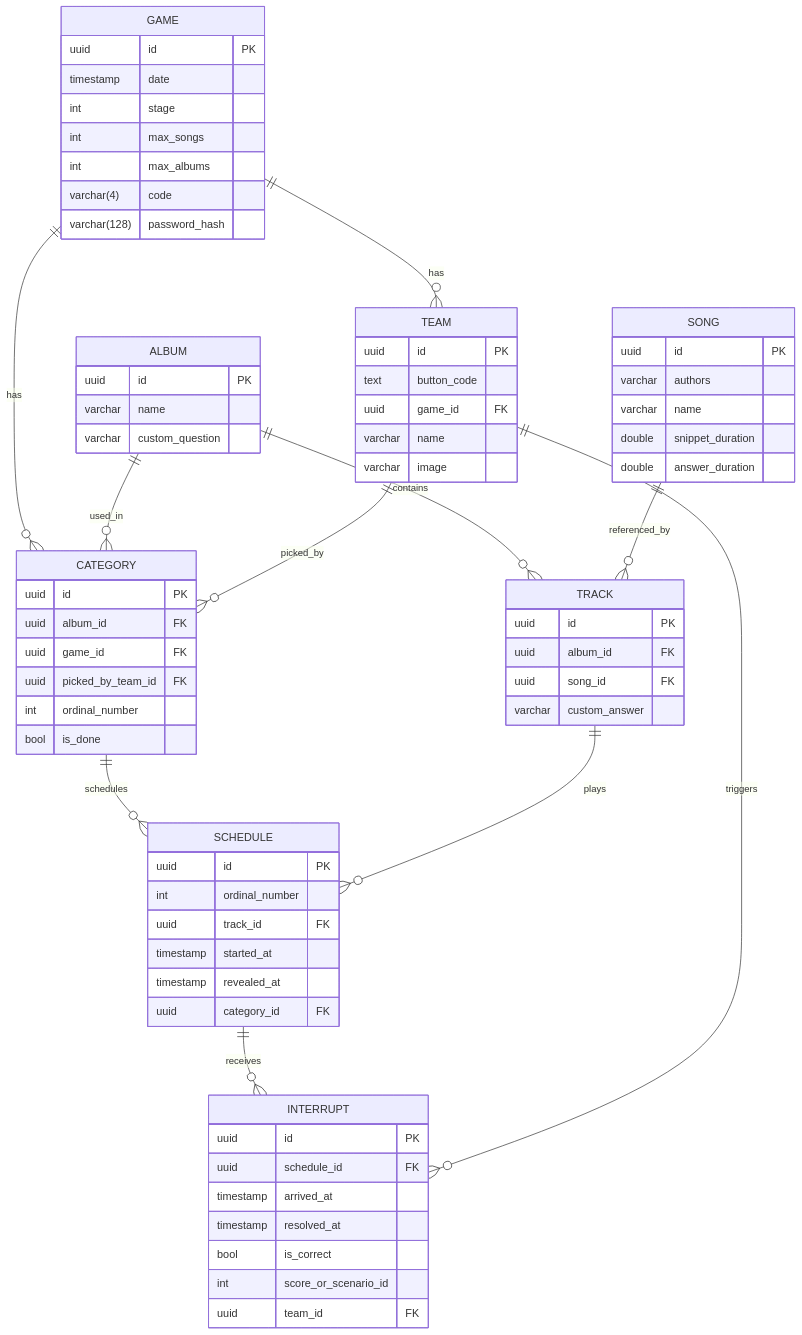
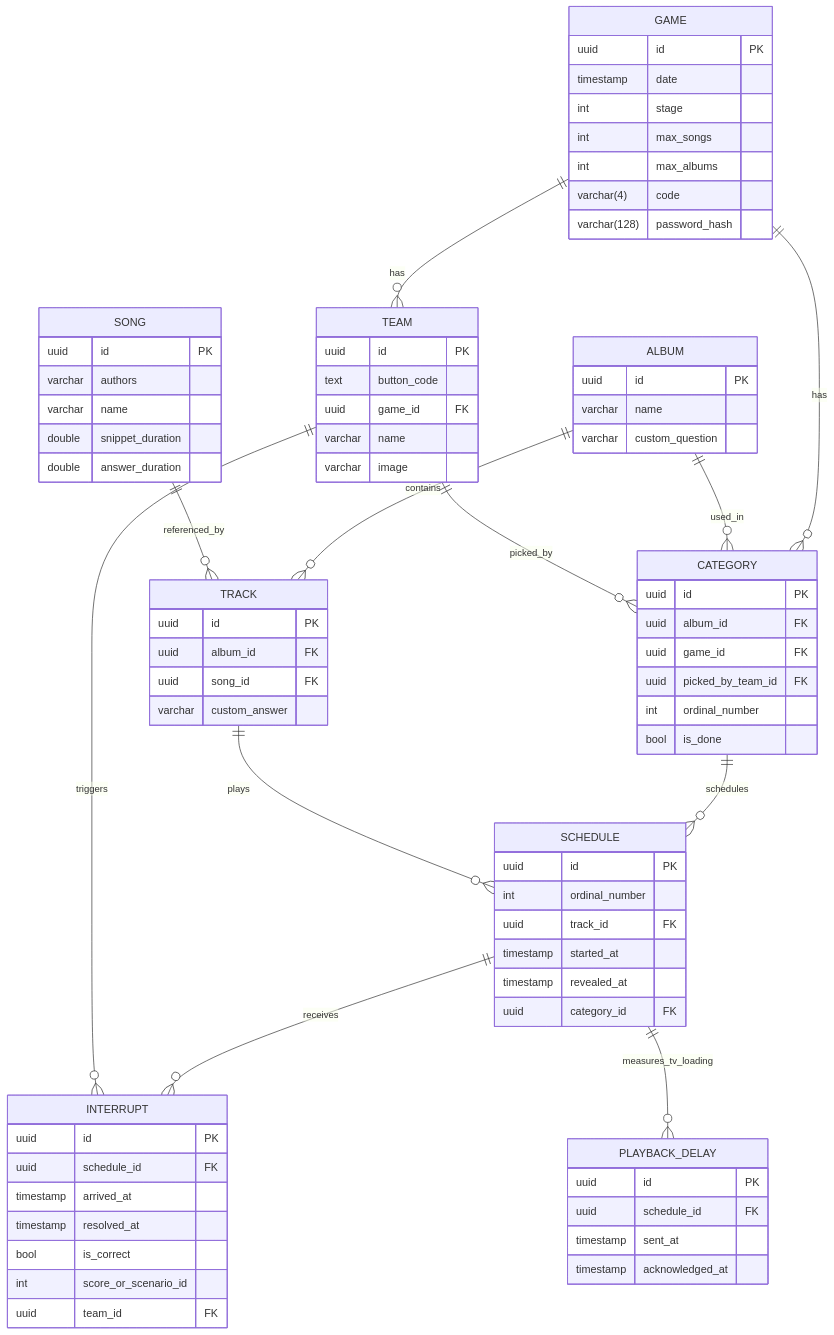
Before and after one commit to Joohnyde/rhythmic-riddles: the diagram in docs/developer-guide/database.md, drawn with Mermaid. The commit also changed other lines of this file and 63 other files, not shown here.

```diff
--- a/docs/developer-guide/database.md
+++ b/docs/developer-guide/database.md
@@ -97,6 +97,7 @@
   TRACK    ||--o{ SCHEDULE : plays
 
   SCHEDULE ||--o{ INTERRUPT : receives
+  SCHEDULE ||--o{ PLAYBACK_DELAY : measures_tv_loading
   TEAM     ||--o{ INTERRUPT : triggers
 
   ALBUM {
@@ -156,6 +157,13 @@
     uuid category_id FK
   }
 
+  PLAYBACK_DELAY {
+    uuid id PK
+    uuid schedule_id FK
+    timestamp sent_at
+    timestamp acknowledged_at
+  }
+
   INTERRUPT {
     uuid id PK
     uuid schedule_id FK
```
